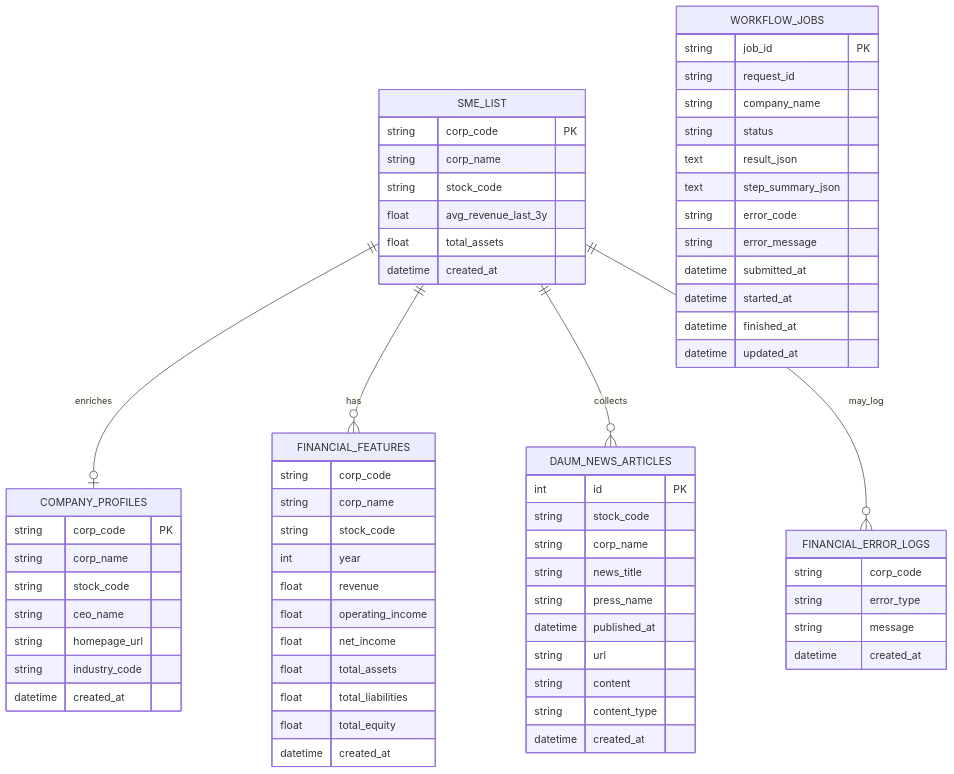
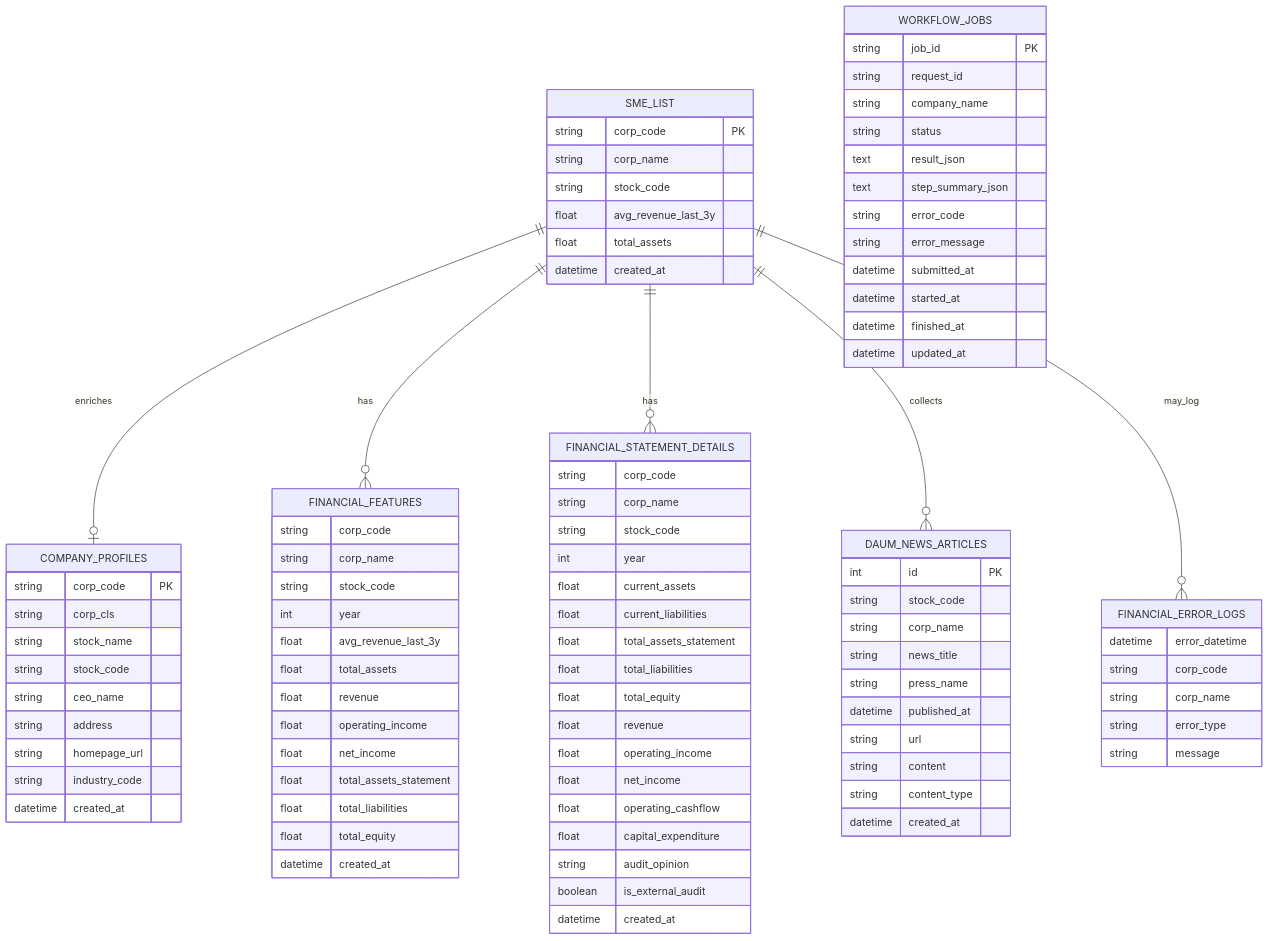
Before and after one commit to hypoxisaurea/FinAgent-SME: the first of 2 diagrams in docs/design/erd.md, drawn with Mermaid. The commit also changed other lines of this file and 4 other files, not shown here.

```diff
--- a/docs/design/erd.md
+++ b/docs/design/erd.md
@@ -11,6 +11,7 @@
 erDiagram
     SME_LIST ||--o| COMPANY_PROFILES : enriches
     SME_LIST ||--o{ FINANCIAL_FEATURES : has
+    SME_LIST ||--o{ FINANCIAL_STATEMENT_DETAILS : has
     SME_LIST ||--o{ DAUM_NEWS_ARTICLES : collects
     SME_LIST ||--o{ FINANCIAL_ERROR_LOGS : may_log
 
@@ -25,9 +26,11 @@
 
     COMPANY_PROFILES {
         string corp_code PK
-        string corp_name
+        string corp_cls
+        string stock_name
         string stock_code
         string ceo_name
+        string address
         string homepage_url
         string industry_code
         datetime created_at
@@ -38,12 +41,34 @@
         string corp_name
         string stock_code
         int year
+        float avg_revenue_last_3y
+        float total_assets
         float revenue
         float operating_income
         float net_income
-        float total_assets
+        float total_assets_statement
         float total_liabilities
         float total_equity
+        datetime created_at
+    }
+
+    FINANCIAL_STATEMENT_DETAILS {
+        string corp_code
+        string corp_name
+        string stock_code
+        int year
+        float current_assets
+        float current_liabilities
+        float total_assets_statement
+        float total_liabilities
+        float total_equity
+        float revenue
+        float operating_income
+        float net_income
+        float operating_cashflow
+        float capital_expenditure
+        string audit_opinion
+        boolean is_external_audit
         datetime created_at
     }
 
@@ -61,10 +86,11 @@
     }
 
     FINANCIAL_ERROR_LOGS {
+        datetime error_datetime
         string corp_code
+        string corp_name
         string error_type
         string message
-        datetime created_at
     }
 
     WORKFLOW_JOBS {
```
